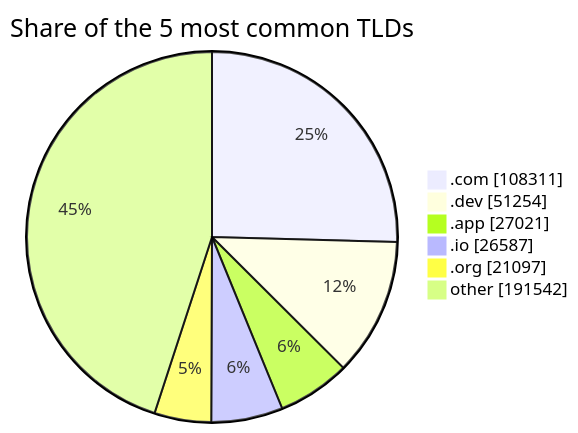
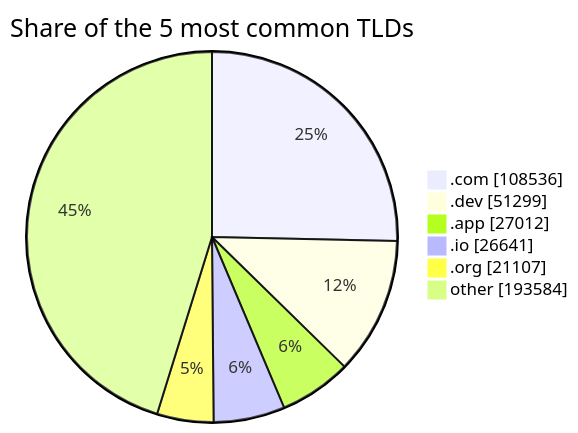
The third of 3 diagrams in README.md (DNSBunker/CTI), drawn with Mermaid before and after one commit. The commit also changed other lines of this file and 3 other files, not shown here.

````diff
--- a/README.md
+++ b/README.md
@@ -81,9 +81,9 @@
 ```mermaid
 pie showData title Share of the 5 most common TLDs
-    ".com" : 108311
-    ".dev" : 51254
-    ".app" : 27021
-    ".io" : 26587
-    ".org" : 21097
-    "other" : 191542
+    ".com" : 108536
+    ".dev" : 51299
+    ".app" : 27012
+    ".io" : 26641
+    ".org" : 21107
+    "other" : 193584
 ```
````
